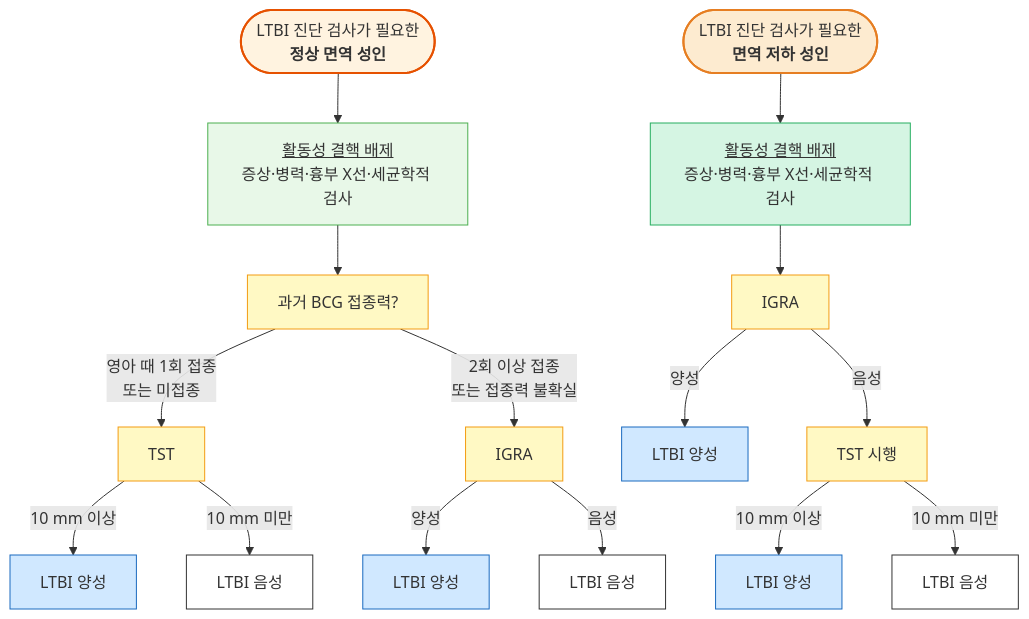
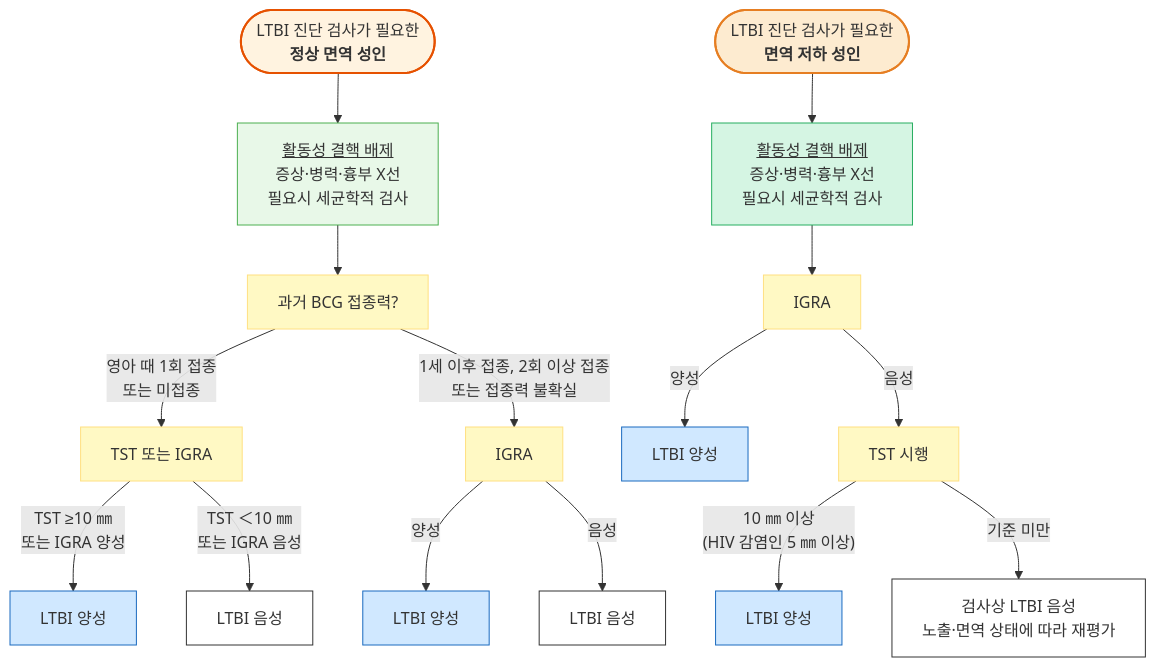
One commit to familyoh77/familyoh77 changed the third of 4 diagrams in 223_/070_-tuberculosis.md. Above: the diagram before and after it, drawn with Mermaid. The commit also changed other lines of this file, not shown here.

````diff
--- a/223_/070_-tuberculosis.md
+++ b/223_/070_-tuberculosis.md
@@ -419,49 +436,49 @@
 ```mermaid
 graph TD
     %% 정상 면역 성인 경로
     SN(["LTBI 진단 검사가 필요한<br/><b>정상 면역 성인</b>"])
-    ExcN["<u>활동성 결핵 배제</u><br/>증상·병력·흉부 X선·세균학적 검사"]
+    ExcN["<u>활동성 결핵 배제</u><br/>증상·병력·흉부 X선<br/>필요시 세균학적 검사"]
     BCG["과거 BCG 접종력?"]
-    TST1["TST"]
+    TST1["TST 또는 IGRA"]
     IGA1["IGRA"]
     PosN1["LTBI 양성"]
     NegN1["LTBI 음성"]
     PosN2["LTBI 양성"]
     NegN2["LTBI 음성"]
 
     SN --> ExcN --> BCG
     BCG -->|"영아 때 1회 접종<br/>또는 미접종"| TST1
-    BCG -->|"2회 이상 접종<br/>또는 접종력 불확실"| IGA1
-    TST1 -->|"10 mm 이상"| PosN1
-    TST1 -->|"10 mm 미만"| NegN1
-    IGA1 -->|양성| PosN2
-    IGA1 -->|음성| NegN2
+    BCG -->|"1세 이후 접종, 2회 이상 접종<br/>또는 접종력 불확실"| IGA1
+    TST1 -->|"TST ≥10 ㎜<br/>또는 IGRA 양성"| PosN1
+    TST1 -->|"TST ＜10 ㎜<br/>또는 IGRA 음성"| NegN1
+    IGA1 -->|"양성"| PosN2
+    IGA1 -->|"음성"| NegN2
 
     %% 면역 저하 성인 경로
     SI(["LTBI 진단 검사가 필요한<br/><b>면역 저하 성인</b>"])
-    ExcI["<u>활동성 결핵 배제</u><br/>증상·병력·흉부 X선·세균학적 검사"]
+    ExcI["<u>활동성 결핵 배제</u><br/>증상·병력·흉부 X선<br/>필요시 세균학적 검사"]
     IGA2["IGRA"]
     PosI1["LTBI 양성"]
     NegIto["TST 시행"]
     PosI2["LTBI 양성"]
-    NegI2["LTBI 음성"]
+    NegI2["검사상 LTBI 음성<br/>노출·면역 상태에 따라 재평가"]
 
     SI --> ExcI --> IGA2
-    IGA2 -->|양성| PosI1
-    IGA2 -->|음성| NegIto 
-    NegIto -->|"10 mm 이상"| PosI2
-    NegIto -->|"10 mm 미만"| NegI2
+    IGA2 -->|"양성"| PosI1
+    IGA2 -->|"음성"| NegIto 
+    NegIto -->|"10 ㎜ 이상<br/>(HIV 감염인 5 ㎜ 이상)"| PosI2
+    NegIto -->|"기준 미만"| NegI2
 
 style SN fill:#fff3e0,stroke:#e65100,stroke-width:2px
 style SI fill:#fdebd0,stroke:#e67e22,stroke-width:2px
 style ExcN fill:#e8f8e8,stroke:#4caf50
 classDef green fill:#d5f5e3,stroke:#27ae60
 class ExcI green
-classDef yellow fill:#fff9c4,stroke:#f39c12
+classDef yellow fill:#fff9c4,stroke:#ffe082
 class BCG,TST1,IGA1,IGA2,NegIto yellow
 classDef white fill:#fff,stroke:#333
 class NegI2,NegN1,NegN2 white
 classDef blue fill:#d0e8ff,stroke:#1a6abf
 class PosN1,PosN2,PosI1,PosI2 blue
 
 ```
````
